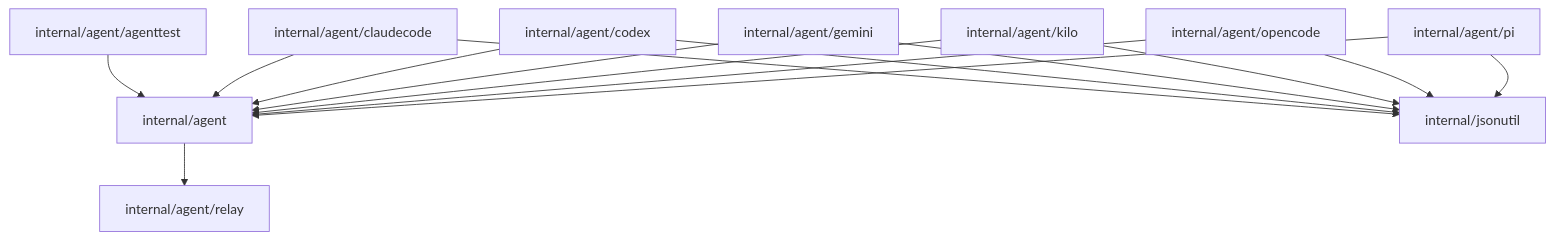
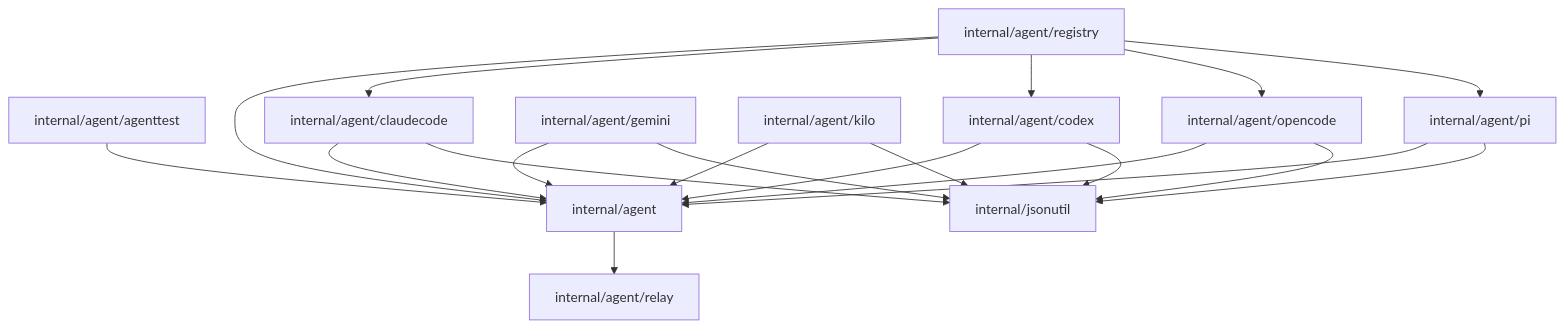
Before and after one commit to caic-xyz/caic: the second of 3 diagrams in backend/docs/ARCHITECTURE.md, drawn with Mermaid. The commit also changed other lines of this file and 36 other files, not shown here.

````diff
--- a/backend/docs/ARCHITECTURE.md
+++ b/backend/docs/ARCHITECTURE.md
@@ -126,28 +129,34 @@
 ```mermaid
 graph TD
   pkg_internal_agent["internal/agent"]
   pkg_internal_agent_agenttest["internal/agent/agenttest"]
   pkg_internal_agent_claudecode["internal/agent/claudecode"]
   pkg_internal_agent_codex["internal/agent/codex"]
   pkg_internal_agent_gemini["internal/agent/gemini"]
   pkg_internal_agent_kilo["internal/agent/kilo"]
   pkg_internal_agent_opencode["internal/agent/opencode"]
   pkg_internal_agent_pi["internal/agent/pi"]
+  pkg_internal_agent_registry["internal/agent/registry"]
   pkg_internal_agent_relay["internal/agent/relay"]
   pkg_internal_jsonutil["internal/jsonutil"]
 
   pkg_internal_agent --> pkg_internal_agent_relay
   pkg_internal_agent_agenttest --> pkg_internal_agent
   pkg_internal_agent_claudecode --> pkg_internal_agent
   pkg_internal_agent_claudecode --> pkg_internal_jsonutil
   pkg_internal_agent_codex --> pkg_internal_agent
   pkg_internal_agent_codex --> pkg_internal_jsonutil
   pkg_internal_agent_gemini --> pkg_internal_agent
   pkg_internal_agent_gemini --> pkg_internal_jsonutil
   pkg_internal_agent_kilo --> pkg_internal_agent
   pkg_internal_agent_kilo --> pkg_internal_jsonutil
   pkg_internal_agent_opencode --> pkg_internal_agent
   pkg_internal_agent_opencode --> pkg_internal_jsonutil
   pkg_internal_agent_pi --> pkg_internal_agent
   pkg_internal_agent_pi --> pkg_internal_jsonutil
+  pkg_internal_agent_registry --> pkg_internal_agent
+  pkg_internal_agent_registry --> pkg_internal_agent_claudecode
+  pkg_internal_agent_registry --> pkg_internal_agent_codex
+  pkg_internal_agent_registry --> pkg_internal_agent_opencode
+  pkg_internal_agent_registry --> pkg_internal_agent_pi
 ```
````
